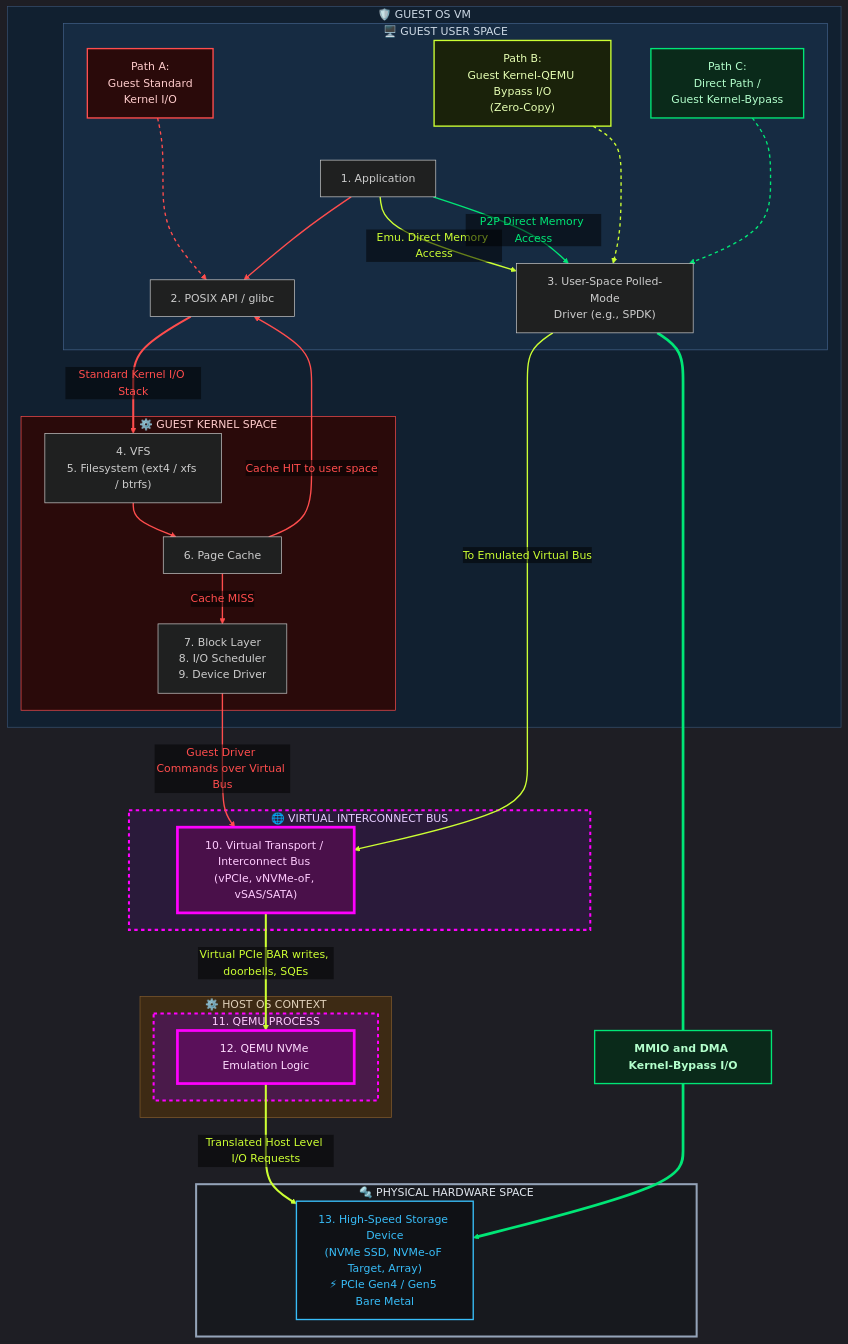
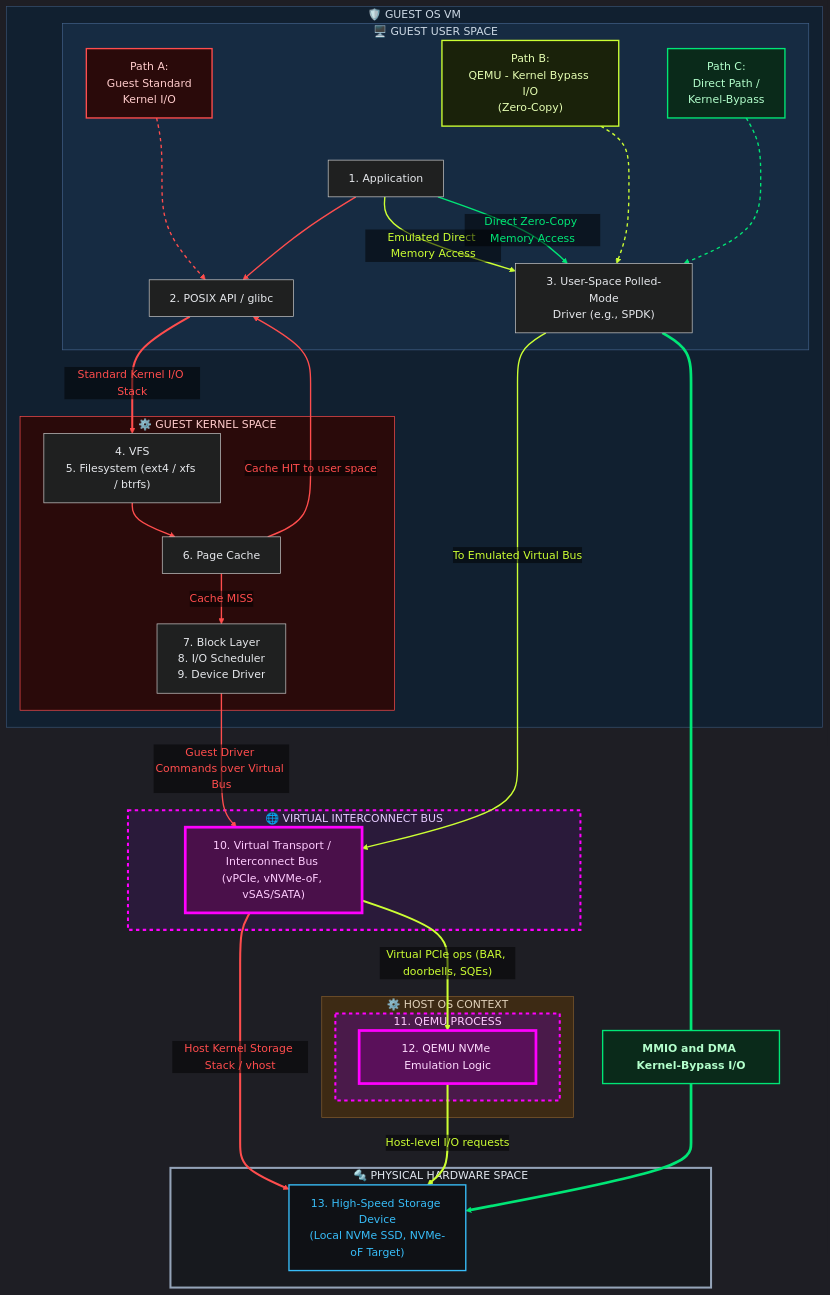
The diagram in docs/arch/qemu-nvme-storage-stack.md (SiliconLanguage/dataplane-emu), drawn with Mermaid before and after one commit. The commit also changed other lines of this file, not shown here.

Commit message:
final layout, color changes

````diff
--- a/docs/arch/qemu-nvme-storage-stack.md
+++ b/docs/arch/qemu-nvme-storage-stack.md
@@ -5,5 +5,5 @@
 ```mermaid
-%%{init: {"theme": "dark", "themeVariables": {"edgeLabelBackground": "transparent"}}}%%
+%%{init: {"theme": "dark", "themeVariables": {"edgeLabelBackground": "transparent", "lineColor": "#e5e7eb", "textColor": "#e5e7eb"}}}%%
 flowchart TD
     %% ==========================================
     %% 1. DIAGRAM STRUCTURE & NODES
@@ -12,8 +12,8 @@
     subgraph GUEST ["🛡️ GUEST OS VM"]
         subgraph USER ["🖥️ GUEST USER SPACE"]
             PA["Path A:<br/>Guest Standard<br/>Kernel I/O"]
-            PB["Path B:<br/>Guest Kernel-QEMU Bypass I/O<br/>(Zero-Copy)"]
-            PC["Path C:<br/>Direct Path /<br/>Guest Kernel-Bypass"]
+            PB["Path B:<br/>QEMU - Kernel Bypass I/O<br/>(Zero-Copy)"]
+            PC["Path C:<br/>Direct Path /<br/>Kernel-Bypass"]
             
             N1["1. Application"]
             N2["2. POSIX API / glibc"]
@@ -38,7 +38,7 @@
     end
 
     subgraph PHYSICAL_HW ["🔩 PHYSICAL HARDWARE SPACE"]
-        N13["13. High-Speed Storage Device<br/>(NVMe SSD, NVMe-oF Target, Array)<br/>⚡ PCIe Gen4 / Gen5 Bare Metal"]
+        N13["13. High-Speed Storage Device<br/>(Local NVMe SSD, NVMe-oF Target)"]
     end
 
     %% Invisible dummy node for Path C alignment
@@ -54,7 +54,7 @@
     PC ~~~ N1
     
     %% --- PATH A (RED) ---
-    %% Indices 3, 4, 5, 6, 7, 8, 9
+    %% Indices 3, 4, 5, 6, 7, 8, 9, 10
     PA -.-> N2
     N1 --> N2
     N2 == Standard Kernel I/O Stack ==> N4
@@ -62,19 +62,20 @@
     N6 -->|Cache HIT to user space| N2
     N6 -->|Cache MISS| N7
     N7 -->|Guest Driver Commands over Virtual Bus| N10
+    N10 ==>|Host Kernel Storage Stack / vhost| N13
     
     %% --- PATH B (YELLOW-GREEN) ---
-    %% Indices 10, 11, 12, 13, 14
+    %% Indices 11, 12, 13, 14, 15
     PB -.-> N3
-    N1 -->|Emu. Direct Memory Access| N3
+    N1 -->|Emulated Direct Memory Access| N3
     N3 -->|To Emulated Virtual Bus| N10
-    N10 == Virtual PCIe BAR writes, doorbells, SQEs ==> N12
-    N12 == Translated Host Level I/O Requests ==> N13
+    N10 == Virtual PCIe ops (BAR, doorbells, SQEs) ==> N12
+    N12 == Host-level I/O requests ==> N13
     
     %% --- PATH C (GREEN) ---
-    %% Indices 15, 16, 17, 18
+    %% Indices 16, 17, 18, 19
     PC -.-> N3
-    N1 -->|P2P Direct Memory Access| N3
+    N1 -->|Direct Zero-Copy Memory Access| N3
     N3 === LBL_C
     LBL_C ==> N13
 
@@ -105,15 +106,15 @@
     %% Path A Links (Red)
     linkStyle 3 stroke:#ff4d4d,stroke-width:2px,stroke-dasharray: 5 5,color:#ff4d4d
     linkStyle 4,6,7,8,9 stroke:#ff4d4d,stroke-width:2px,color:#ff4d4d
-    linkStyle 5 stroke:#ff4d4d,stroke-width:3px,color:#ff4d4d
+    linkStyle 5,10 stroke:#ff4d4d,stroke-width:3px,color:#ff4d4d
 
     %% Path B Links (Yellow-Green)
-    linkStyle 10 stroke:#ccff33,stroke-width:2px,stroke-dasharray: 5 5,color:#ccff33
-    linkStyle 11,12 stroke:#ccff33,stroke-width:2px,color:#ccff33
-    linkStyle 13,14 stroke:#ccff33,stroke-width:3px,color:#ccff33
+    linkStyle 11 stroke:#ccff33,stroke-width:2px,stroke-dasharray: 5 5,color:#ccff33
+    linkStyle 12,13 stroke:#ccff33,stroke-width:2px,color:#ccff33
+    linkStyle 14,15 stroke:#ccff33,stroke-width:3px,color:#ccff33
 
     %% Path C Links (Green)
-    linkStyle 15 stroke:#00e676,stroke-width:2px,stroke-dasharray: 5 5,color:#00e676
-    linkStyle 16 stroke:#00e676,stroke-width:2px,color:#00e676
-    linkStyle 17,18 stroke:#00e676,stroke-width:4px,color:#00e676
+    linkStyle 16 stroke:#00e676,stroke-width:2px,stroke-dasharray: 5 5,color:#00e676
+    linkStyle 17 stroke:#00e676,stroke-width:2px,color:#00e676
+    linkStyle 18,19 stroke:#00e676,stroke-width:4px,color:#00e676
 ```
````
